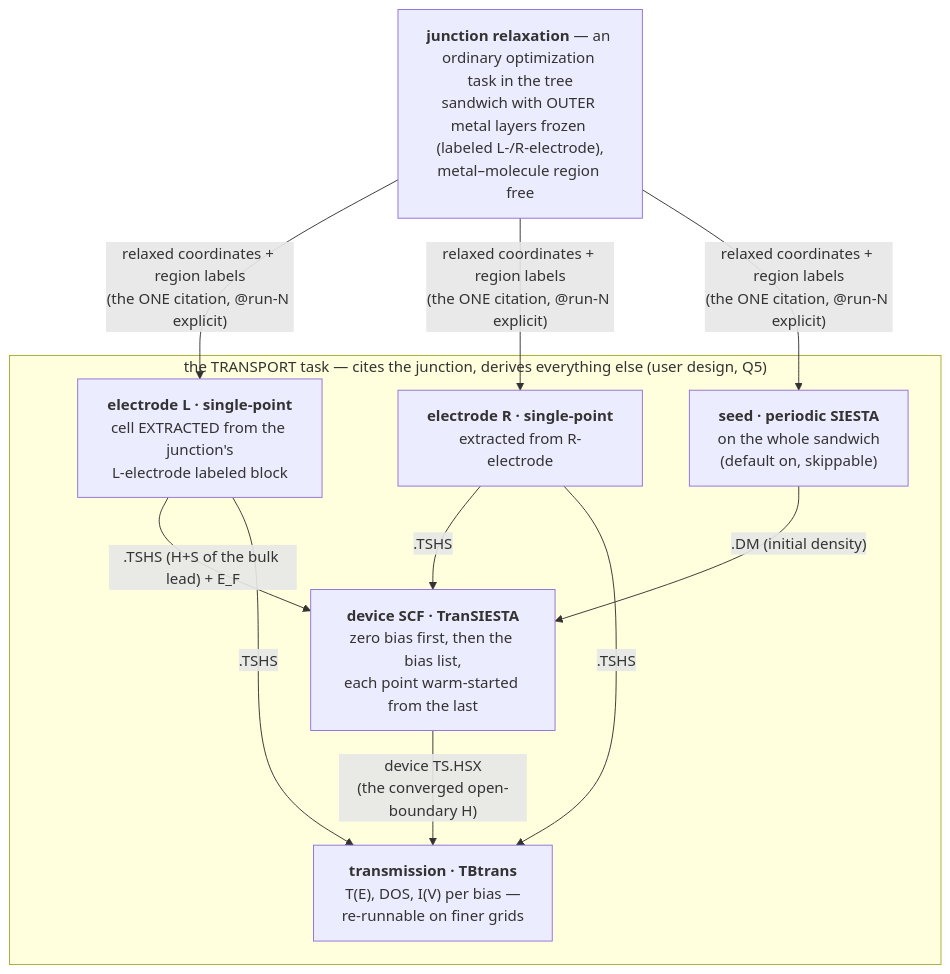
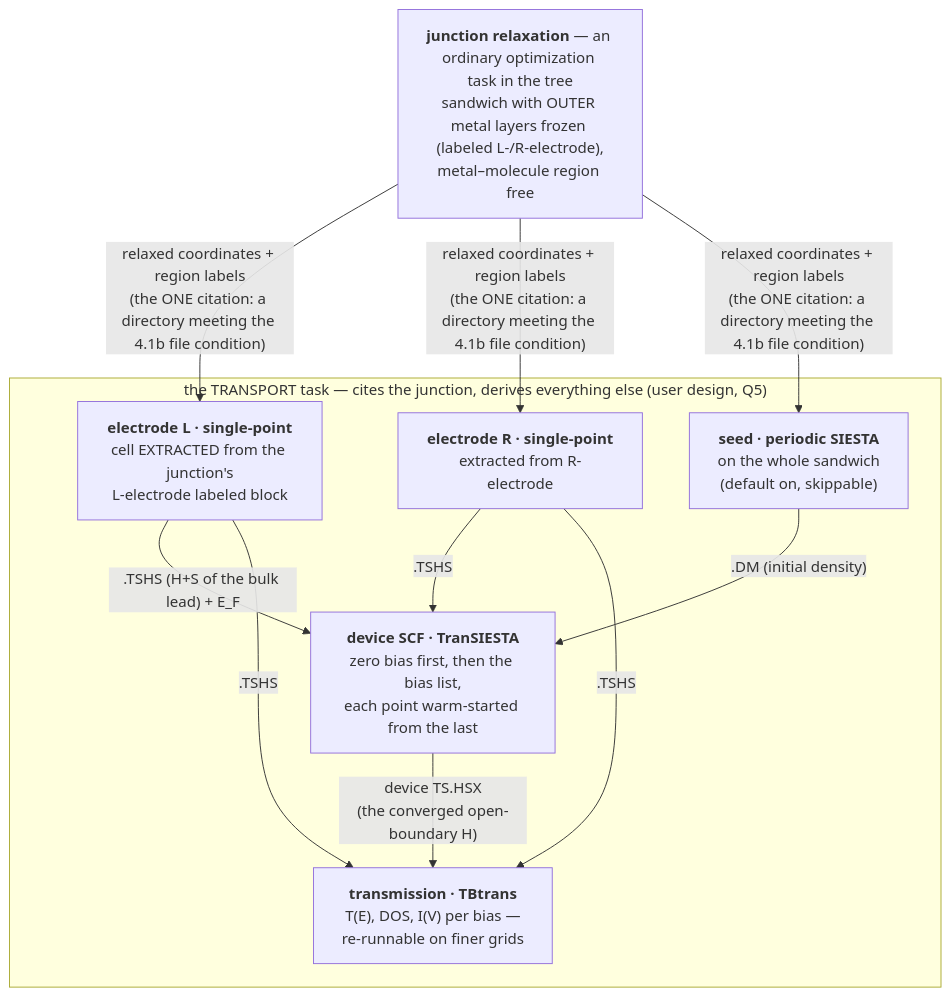
One commit to Qing-LAB/molbuilder changed the diagram in docs/plans/transport-design.md. Above: the diagram before and after it, drawn with Mermaid. The commit also changed other lines of this file and 24 other files, not shown here.

````diff
--- a/docs/plans/transport-design.md
+++ b/docs/plans/transport-design.md
@@ -136,18 +136,18 @@
 ```mermaid
 flowchart TB
     RX["<b>junction relaxation</b> — an ordinary optimization task in the tree<br/>sandwich with OUTER metal layers frozen (labeled L-/R-electrode),<br/>metal–molecule region free"]
     subgraph T["the TRANSPORT task — cites the junction, derives everything else (user design, Q5)"]
       EL["<b>electrode L · single-point</b><br/>cell EXTRACTED from the junction's<br/>L-electrode labeled block"]
       ER["<b>electrode R · single-point</b><br/>extracted from R-electrode"]
       SEED["<b>seed · periodic SIESTA</b><br/>on the whole sandwich<br/>(default on, skippable)"]
       DEV["<b>device SCF · TranSIESTA</b><br/>zero bias first, then the bias list,<br/>each point warm-started from the last"]
       TBT["<b>transmission · TBtrans</b><br/>T(E), DOS, I(V) per bias —<br/>re-runnable on finer grids"]
     end
-    RX -- "relaxed coordinates + region labels<br/>(the ONE citation, @run-N explicit)" --> EL & ER & SEED
+    RX -- "relaxed coordinates + region labels<br/>(the ONE citation: a directory meeting the 4.1b file condition)" --> EL & ER & SEED
     EL -- ".TSHS (H+S of the bulk lead) + E_F" --> DEV
     ER -- ".TSHS" --> DEV
     SEED -- ".DM (initial density)" --> DEV
     DEV -- "device TS.HSX<br/>(the converged open-boundary H)" --> TBT
     EL -- ".TSHS" --> TBT
     ER -- ".TSHS" --> TBT
 ```
````
